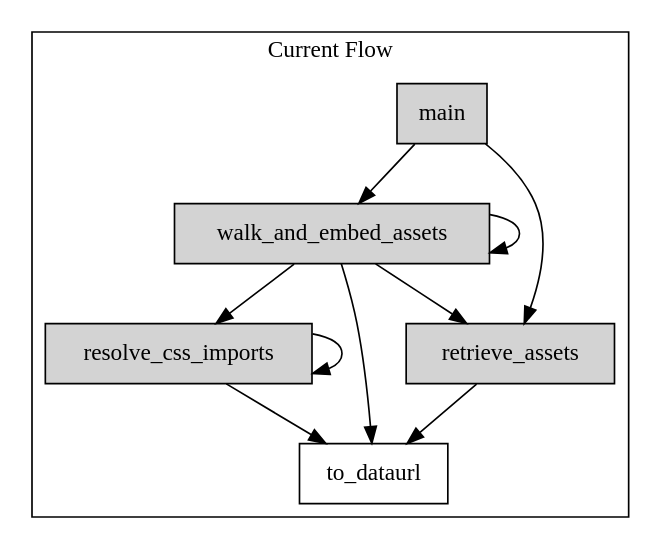
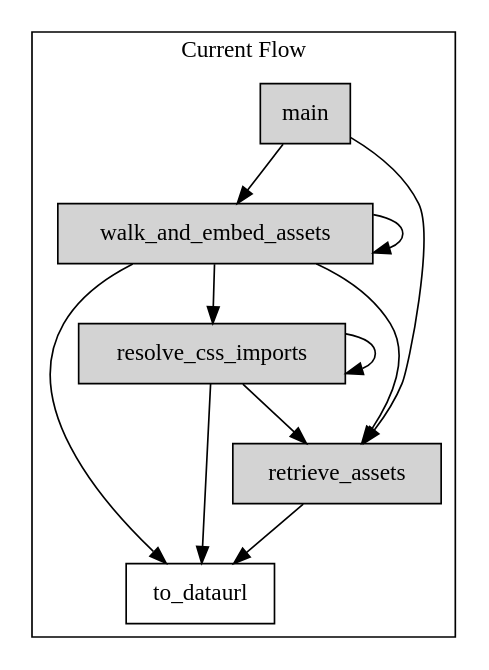
One commit to Alch-Emi/monolith changed the diagram in graphs/current.gv. Above: the diagram before and after it, drawn with Graphviz. The commit also changed 3 other files, not shown here.

Commit message:
Updated graphs, added rendered SVGs of graphs

```diff
--- a/graphs/current.gv
+++ b/graphs/current.gv
@@ -1,20 +1,21 @@
 digraph Current {
     node[shape="box"];
 
     subgraph cluster0 {
         label = "Current Flow"
         main [style=filled];
         walk_and_embed_assets [style=filled];
         retrieve_assets [style=filled];
         resolve_css_imports [style=filled];
         main -> walk_and_embed_assets;
         main -> retrieve_assets;
         walk_and_embed_assets -> walk_and_embed_assets;
         walk_and_embed_assets -> resolve_css_imports;
         walk_and_embed_assets -> retrieve_assets;
         walk_and_embed_assets -> to_dataurl;
         resolve_css_imports -> to_dataurl;
+        resolve_css_imports -> retrieve_assets;
         resolve_css_imports -> resolve_css_imports;
         retrieve_assets -> to_dataurl;
     }
 }
```
